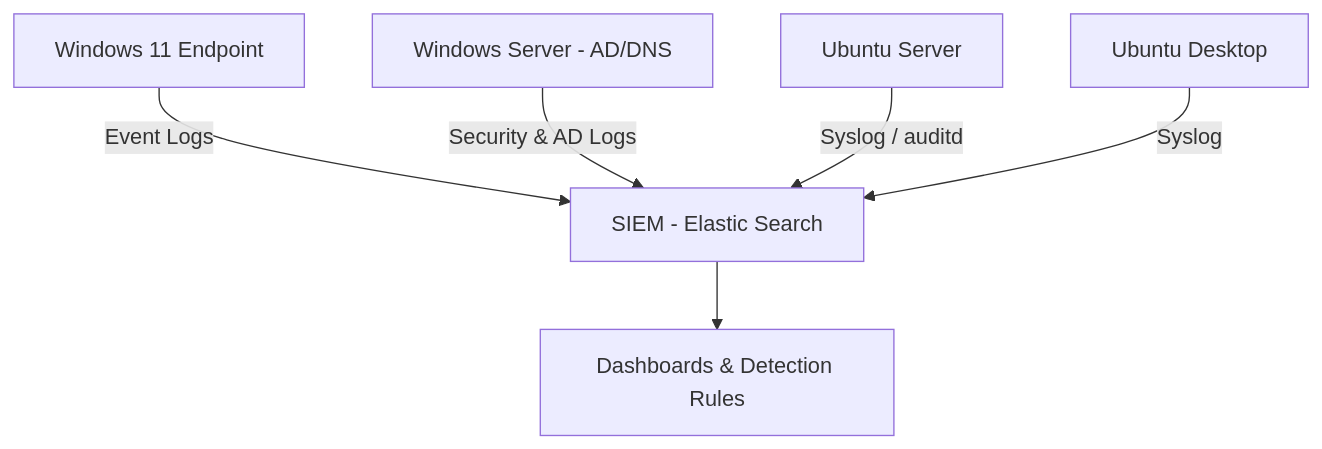
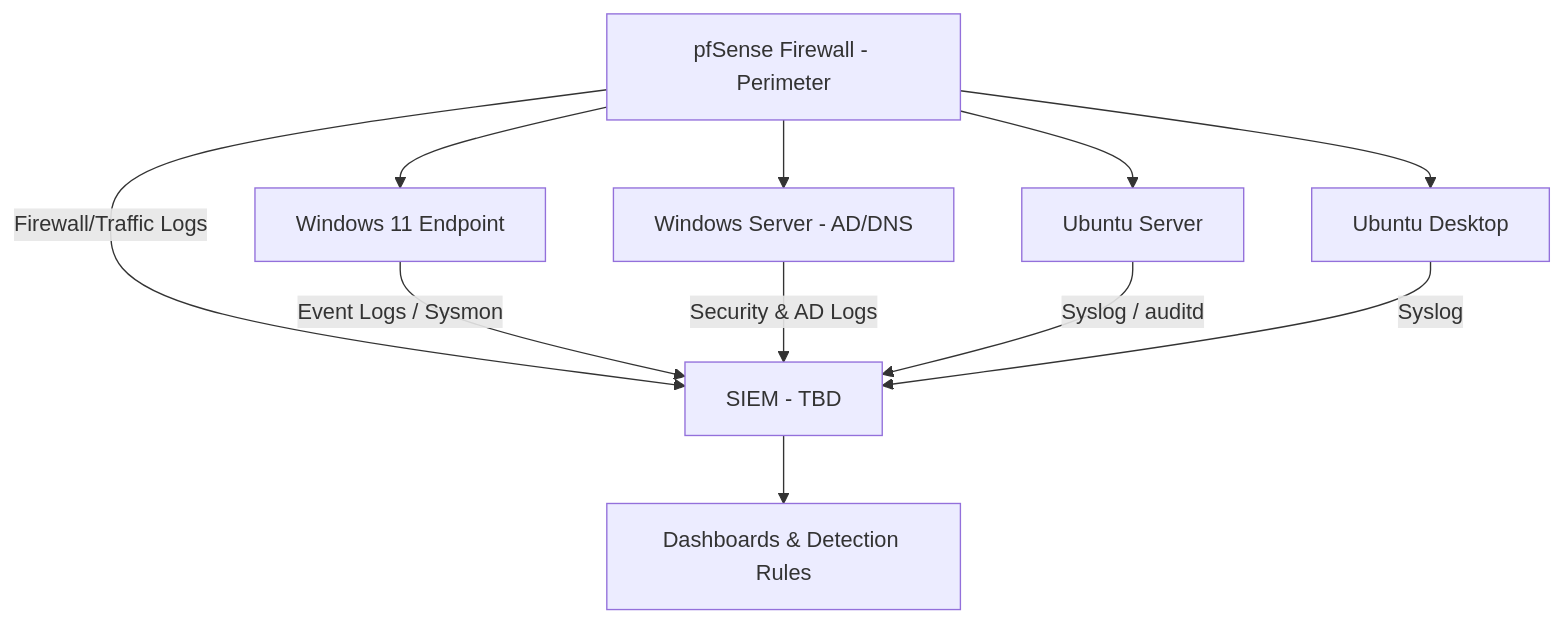
Before and after one commit to Tmitchy/-SOC-Home-Lab-Build: the diagram in README.md, drawn with Mermaid. The commit also changed other lines of this file, not shown here.

````diff
--- a/README.md
+++ b/README.md
@@ -33,8 +44,13 @@
 ```mermaid
 graph TD
-    A[Windows 11 Endpoint] -->|Event Logs| S[SIEM - Elastic Search]
-    B[Windows Server - AD/DNS] -->|Security & AD Logs| S
-    C[Ubuntu Server] -->|Syslog / auditd| S
-    D[Ubuntu Desktop] -->|Syslog| S
+    F[pfSense Firewall - Perimeter] -->|Firewall/Traffic Logs| S[SIEM - TBD]
+    F --> A[Windows 11 Endpoint]
+    F --> B[Windows Server - AD/DNS]
+    F --> C[Ubuntu Server]
+    F --> D[Ubuntu Desktop]
+    A -->|Event Logs / Sysmon| S
+    B -->|Security & AD Logs| S
+    C -->|Syslog / auditd| S
+    D -->|Syslog| S
     S --> E[Dashboards & Detection Rules]
 ```
````
